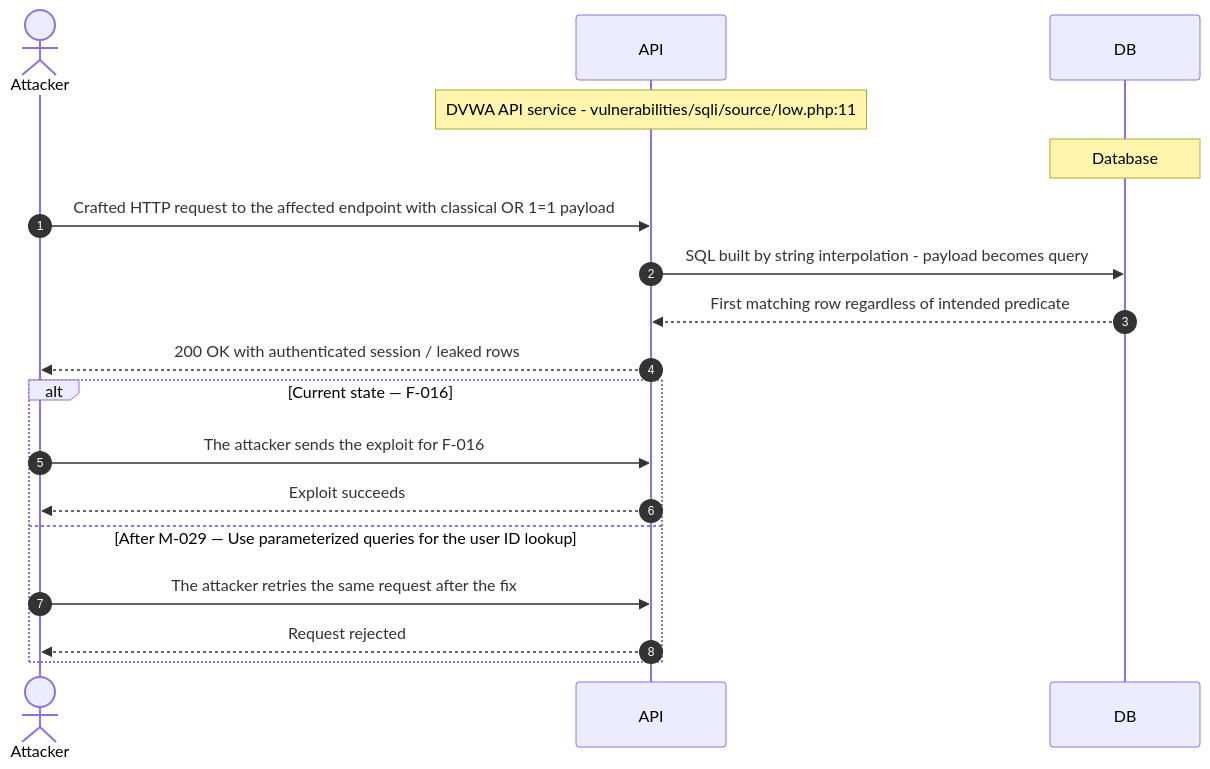
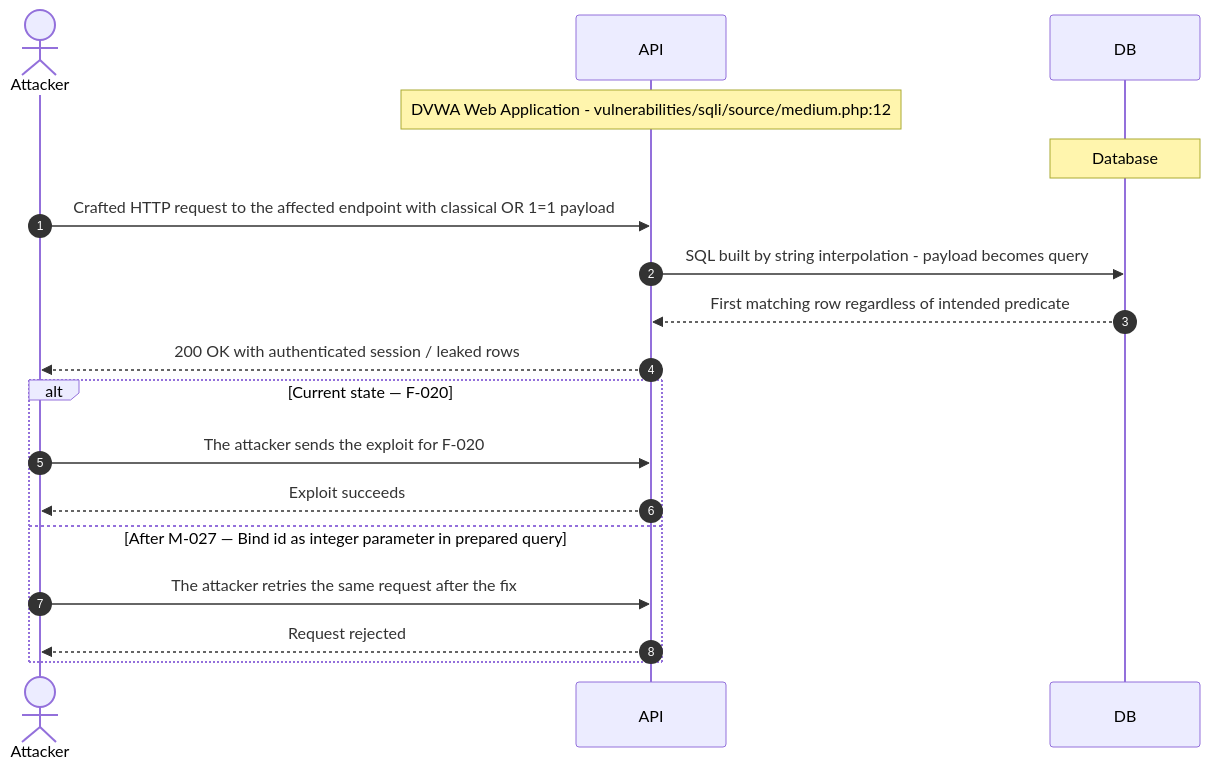
One commit to appsec-foundry/appsec-analyzer-examples changed the tenth of 15 diagrams in dvwa/security-assessment-dvwa-thorough-0.1.0.md. Above: the diagram before and after it, drawn with Mermaid. The commit also changed other lines of this file and 7 other files, not shown here.

````diff
--- a/dvwa/security-assessment-dvwa-thorough-0.1.0.md
+++ b/dvwa/security-assessment-dvwa-thorough-0.1.0.md
@@ -600,20 +651,20 @@
 ```mermaid
 sequenceDiagram
     autonumber
     actor Attacker
     participant API
     participant DB
-    Note over API: DVWA API service - vulnerabilities/sqli/source/low.php:11
+    Note over API: DVWA Web Application - vulnerabilities/sqli/source/medium.php:12
     Note over DB: Database
     Attacker->>API: Crafted HTTP request to the affected endpoint with classical OR 1=1 payload
     API->>DB: SQL built by string interpolation - payload becomes query
     DB-->>API: First matching row regardless of intended predicate
     API-->>Attacker: 200 OK with authenticated session / leaked rows
-    alt Current state — F-016
-        Attacker->>API: The attacker sends the exploit for F-016
+    alt Current state — F-020
+        Attacker->>API: The attacker sends the exploit for F-020
         API-->>Attacker: Exploit succeeds
-    else After M-029 — Use parameterized queries for the user ID lookup
+    else After M-027 — Bind id as integer parameter in prepared query
         Attacker->>API: The attacker retries the same request after the fix
         API-->>Attacker: Request rejected
     end
 ```
````
